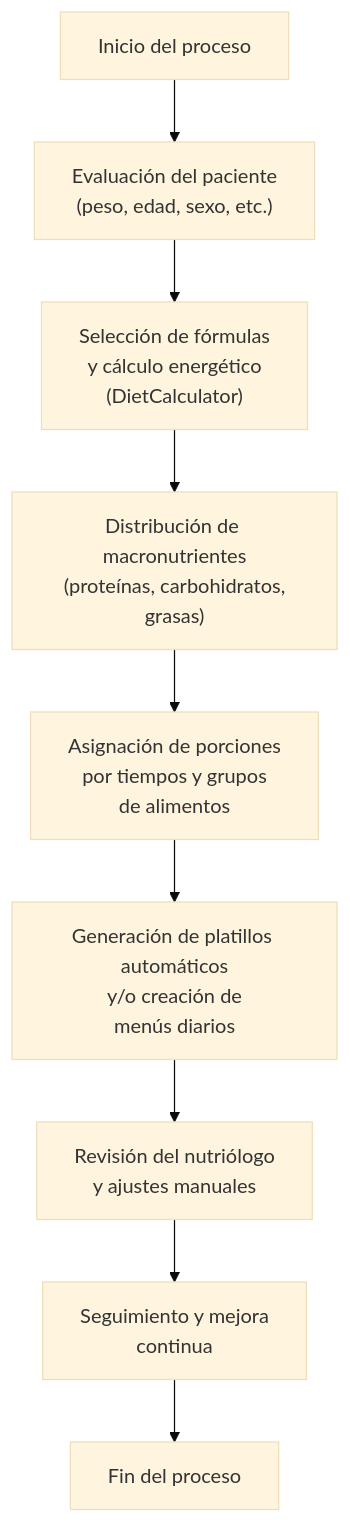
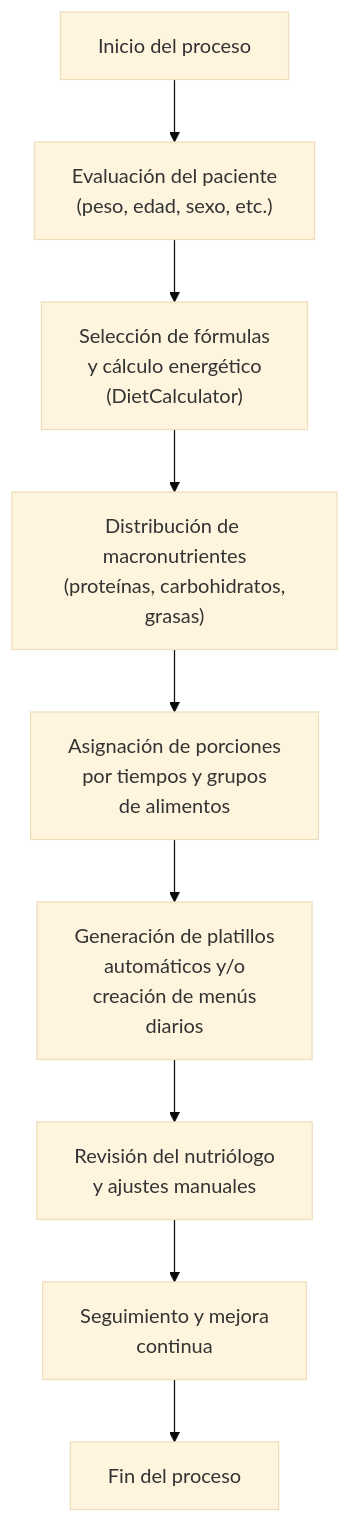
One commit to Inmunolabs/multinature-docs changed the diagram in 00_Overview/Business_Rules/nutriologos/flujo-logico-tecnico.md. Above: the diagram before and after it, drawn with Mermaid (base theme). The commit also changed 5 other files, not shown here.

````diff
--- a/00_Overview/Business_Rules/nutriologos/flujo-logico-tecnico.md
+++ b/00_Overview/Business_Rules/nutriologos/flujo-logico-tecnico.md
@@ -305,11 +305,11 @@
 ```mermaid
 flowchart TD
   A["Inicio del proceso"] --> B["Evaluación del paciente<br>(peso, edad, sexo, etc.)"]
   B --> C["Selección de fórmulas<br>y cálculo energético<br>(DietCalculator)"]
   C --> D["Distribución de macronutrientes<br>(proteínas, carbohidratos,<br>grasas)"]
   D --> E["Asignación de porciones<br>por tiempos y grupos<br>de alimentos"]
-  E --> F["Generación de platillos automáticos<br>y/o creación de<br>menús diarios"]
+  E --> F["Generación de platillos<br>automáticos y/o<br>creación de menús<br>diarios"]
   F --> G["Revisión del nutriólogo<br>y ajustes manuales"]
   G --> H["Seguimiento y mejora<br>continua"]
   H --> I["Fin del proceso"]
 ```
````
